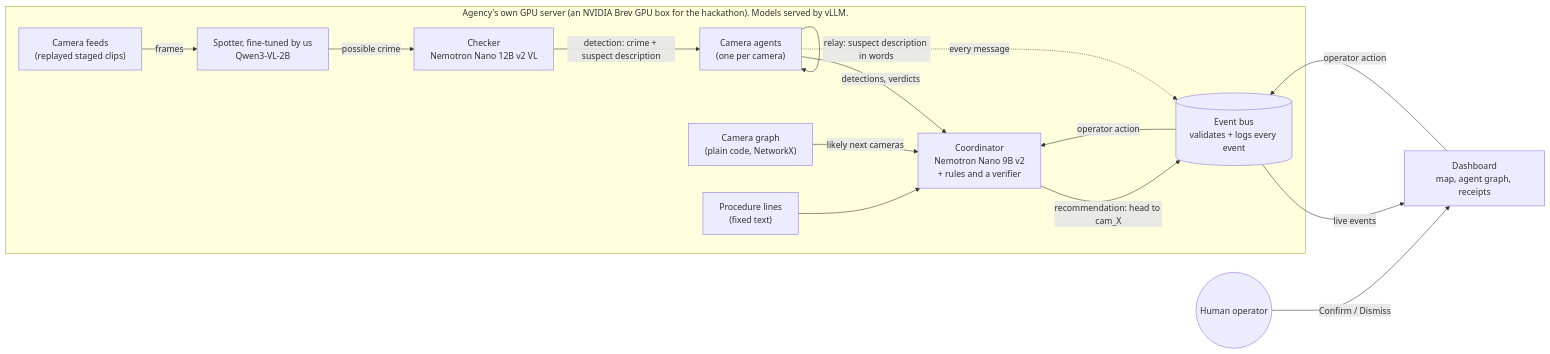
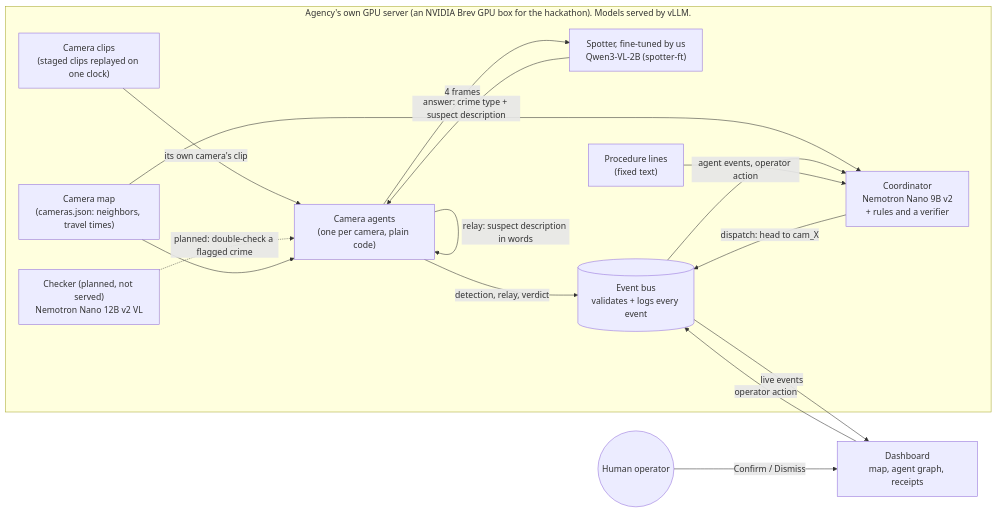
The diagram in README.md (waliviqas/clarity-hackathon-n-r), drawn with Mermaid before and after one commit. The commit also changed other lines of this file and 3 other files, not shown here.

````diff
--- a/README.md
+++ b/README.md
@@ -150,29 +181,30 @@
 ```mermaid
 flowchart LR
   subgraph site["Agency's own GPU server (an NVIDIA Brev GPU box for the hackathon). Models served by vLLM."]
-    feeds["Camera feeds<br/>(replayed staged clips)"]
-    spotter["Spotter, fine-tuned by us<br/>Qwen3-VL-2B"]
-    checker["Checker<br/>Nemotron Nano 12B v2 VL"]
-    agents["Camera agents<br/>(one per camera)"]
+    clips["Camera clips<br/>(staged clips replayed on one clock)"]
+    agents["Camera agents<br/>(one per camera, plain code)"]
+    spotter["Spotter, fine-tuned by us<br/>Qwen3-VL-2B (spotter-ft)"]
+    checker["Checker (planned, not served)<br/>Nemotron Nano 12B v2 VL"]
+    cams["Camera map<br/>(cameras.json: neighbors, travel times)"]
     coord["Coordinator<br/>Nemotron Nano 9B v2<br/>+ rules and a verifier"]
-    camgraph["Camera graph<br/>(plain code, NetworkX)"]
     guide["Procedure lines<br/>(fixed text)"]
     bus[("Event bus<br/>validates + logs every event")]
   end
   dash["Dashboard<br/>map, agent graph, receipts"]
   op(("Human operator"))
 
-  feeds -->|frames| spotter
-  spotter -->|possible crime| checker
-  checker -->|"detection: crime + suspect description"| agents
+  clips -->|"its own camera's clip"| agents
+  agents -->|"4 frames"| spotter
+  spotter -->|"answer: crime type + suspect description"| agents
+  checker -.->|"planned: double-check a flagged crime"| agents
+  cams --> agents
+  cams --> coord
   agents -->|"relay: suspect description in words"| agents
-  agents -->|"detections, verdicts"| coord
-  camgraph -->|likely next cameras| coord
+  agents -->|"detection, relay, verdict"| bus
+  bus -->|"agent events, operator action"| coord
   guide --> coord
-  coord -->|"recommendation: head to cam_X"| bus
-  agents -.->|every message| bus
+  coord -->|"dispatch: head to cam_X"| bus
   bus -->|live events| dash
   op -->|Confirm / Dismiss| dash
   dash -->|operator action| bus
-  bus -->|operator action| coord
 ```
````
